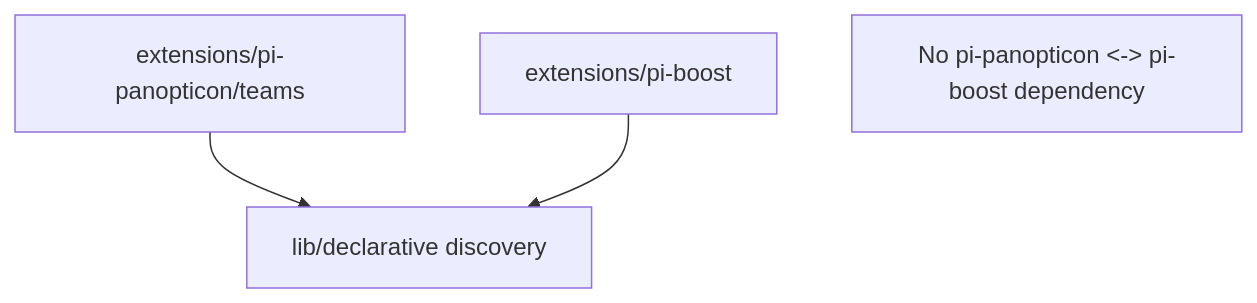
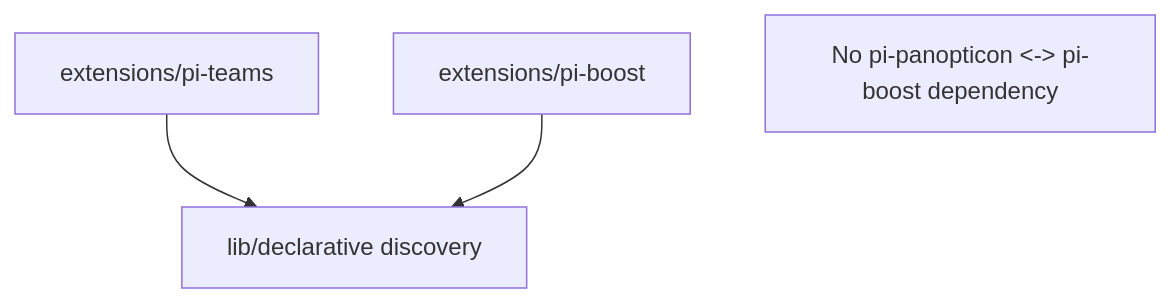
One commit to tS7hKamAYL84j91/pi-tools-and-skills changed the second of 3 diagrams in docs/adr/047-shared-declarative-config-discovery.md. Above: the diagram before and after it, drawn with Mermaid. The commit also changed other lines of this file and 207 other files, not shown here.

````diff
--- a/docs/adr/047-shared-declarative-config-discovery.md
+++ b/docs/adr/047-shared-declarative-config-discovery.md
@@ -42,6 +42,6 @@
 ```mermaid
 flowchart TB
-  PT[extensions/pi-panopticon/teams] --> L[lib/declarative discovery]
+  PT[extensions/pi-teams] --> L[lib/declarative discovery]
   PB[extensions/pi-boost] --> L
   N[No pi-panopticon <-> pi-boost dependency]
 ```
````
